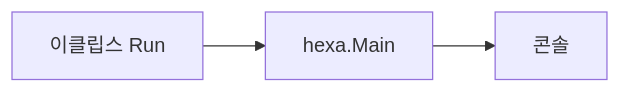
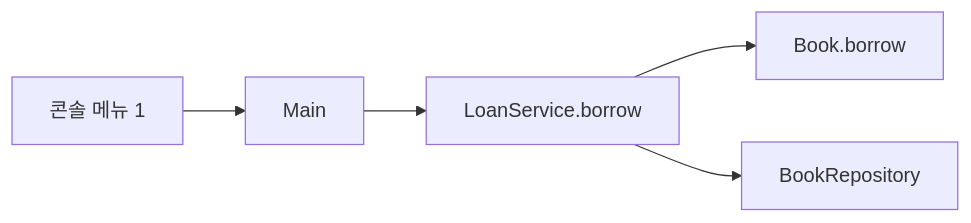
Before and after one commit to busan-bank-2026/hexa-example: the first of 2 diagrams in .projectcode/wiki/scenarios.md, drawn with Mermaid. The commit also changed other lines of this file and 5 other files, not shown here.

````diff
--- a/.projectcode/wiki/scenarios.md
+++ b/.projectcode/wiki/scenarios.md
@@ -5,5 +5,7 @@
 ```mermaid
 flowchart LR
-  A[이클립스 Run] --> B[hexa.Main]
-  B --> C[콘솔]
+  A[콘솔 메뉴 1] --> B[Main]
+  B --> C[LoanService.borrow]
+  C --> D[Book.borrow]
+  C --> E[BookRepository]
 ```
````
